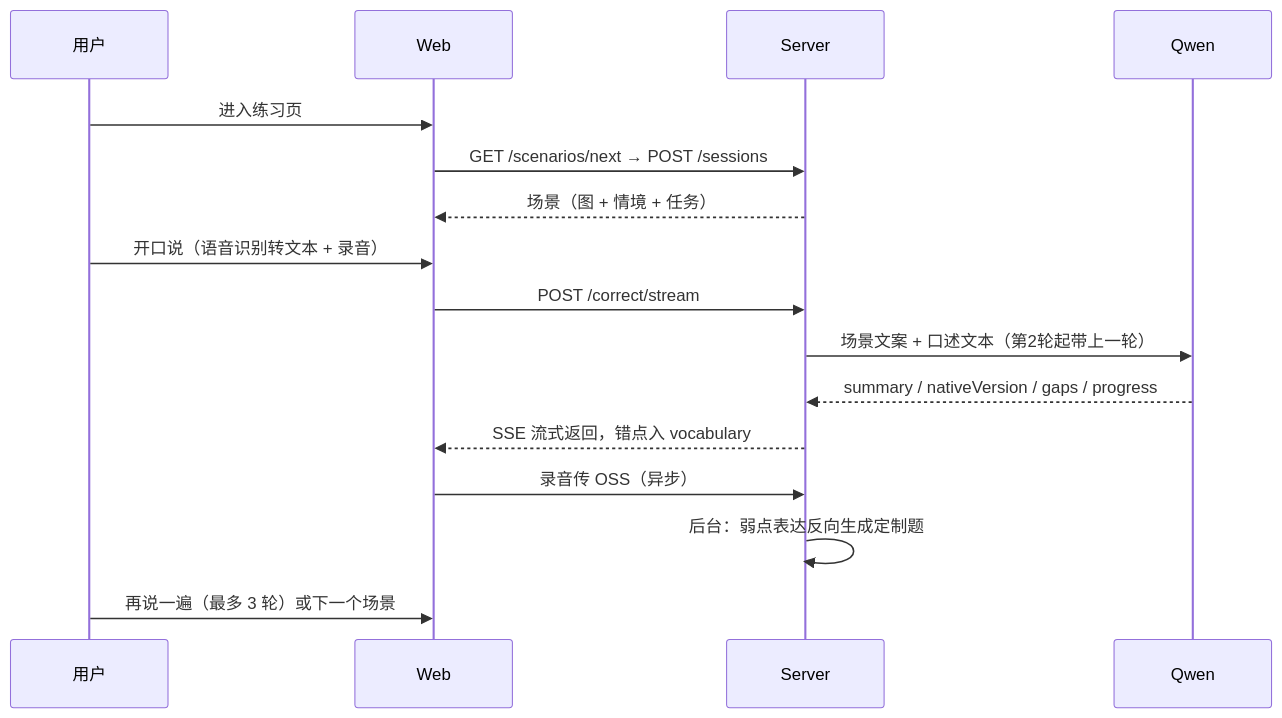
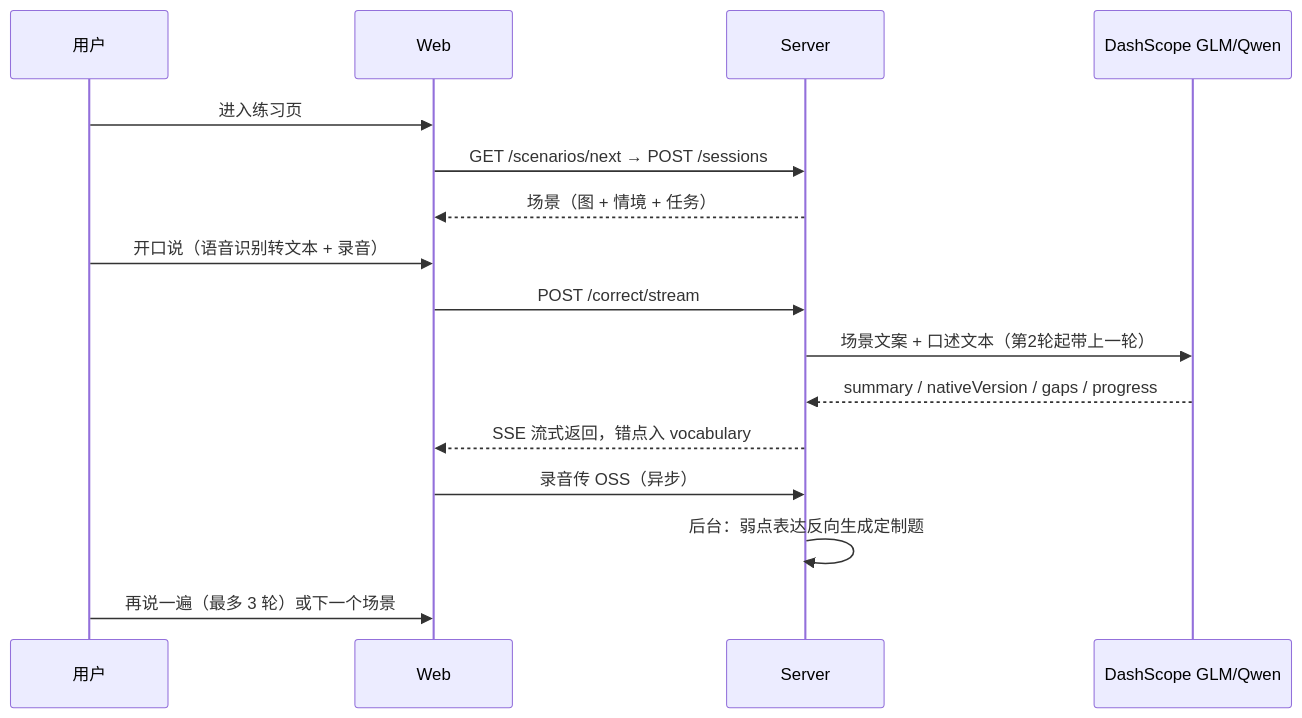
One commit to makewheels/speakup changed the second of 2 diagrams in docs/README.md. Above: the diagram before and after it, drawn with Mermaid. The commit also changed other lines of this file and 4 other files, not shown here.

````diff
--- a/docs/README.md
+++ b/docs/README.md
@@ -48,18 +51,18 @@
 ```mermaid
 sequenceDiagram
     participant U as 用户
     participant W as Web
     participant S as Server
-    participant Q as Qwen
+    participant Q as DashScope GLM/Qwen
     U->>W: 进入练习页
     W->>S: GET /scenarios/next → POST /sessions
     S-->>W: 场景（图 + 情境 + 任务）
     U->>W: 开口说（语音识别转文本 + 录音）
     W->>S: POST /correct/stream
     S->>Q: 场景文案 + 口述文本（第2轮起带上一轮）
     Q-->>S: summary / nativeVersion / gaps / progress
     S-->>W: SSE 流式返回，错点入 vocabulary
     W->>S: 录音传 OSS（异步）
     S->>S: 后台：弱点表达反向生成定制题
     U->>W: 再说一遍（最多 3 轮）或下一个场景
 ```
````
